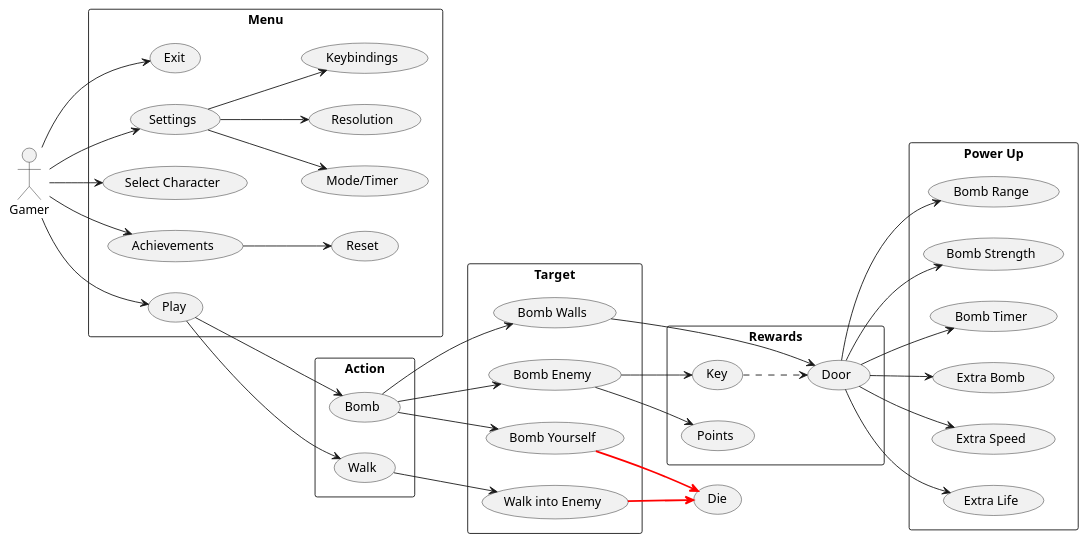
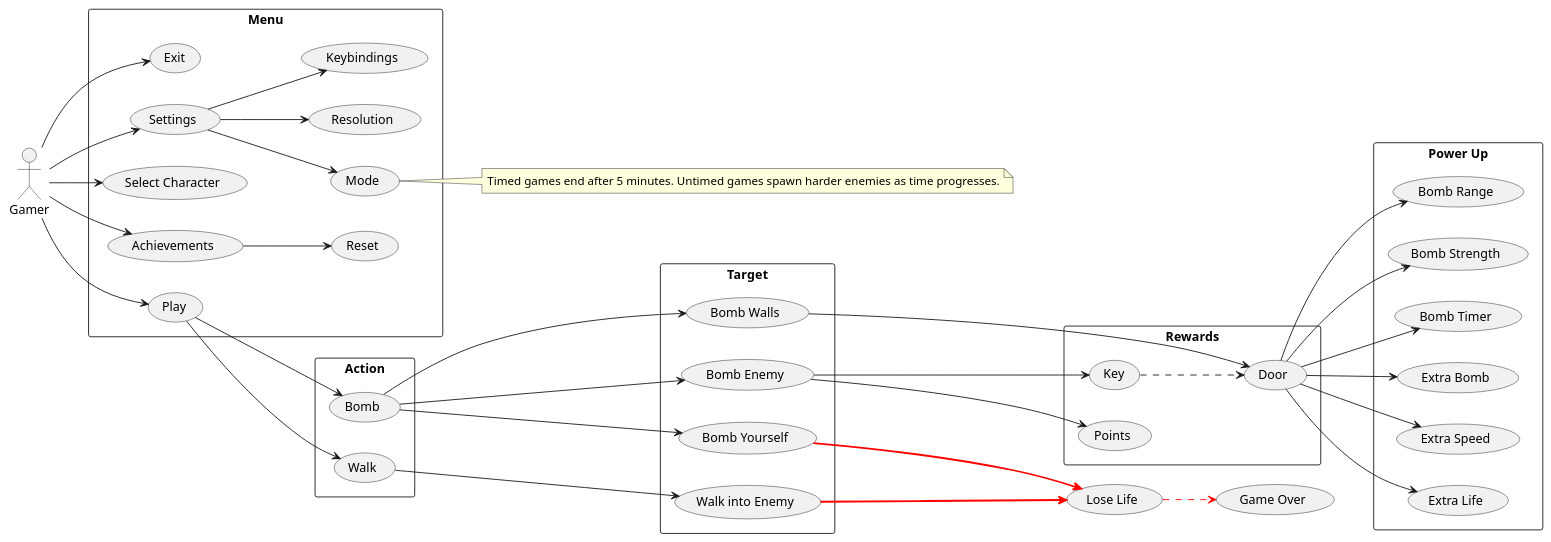
One commit to UoB-COMSM0110/2024-group-7 changed the diagram in Assets/Diagrams/usecase.puml. Above: the diagram before and after it, drawn with PlantUML. The commit also changed 2 other files, not shown here.

Commit message:
Clarified Game Modes

```diff
--- a/Assets/Diagrams/usecase.puml
+++ b/Assets/Diagrams/usecase.puml
@@ -1,78 +1,80 @@
-@startuml Bomberman Dungeon
+@startuml Use Case Diagram
 left to right direction
 actor "Gamer" as gmr
 rectangle Menu {
   usecase "Exit" as M5
   usecase "Settings" as M4
   usecase "Select Character" as M2
   usecase "Achievements" as M3
   usecase "Reset" as M6
-  usecase "Mode/Timer" as S1
+  usecase "Mode" as S1
   usecase "Resolution" as S2
   usecase "Keybindings" as S3
   usecase "Play" as M1
 }
 
 rectangle Action {
   usecase "Walk" as A1
   usecase "Bomb" as A2
 }
 
 rectangle Target {
   usecase "Bomb Walls" as C1
   usecase "Bomb Enemy" as C2
   usecase "Bomb Yourself" as C3
   usecase "Walk into Enemy" as C4
 }
 
 
 rectangle "Power Up"{
   usecase "Bomb Range" as P1
   usecase "Bomb Strength" as P2
   usecase "Bomb Timer" as P3
   usecase "Extra Bomb" as P4
   usecase "Extra Speed" as P5
   usecase "Extra Life" as P6
 }
 
 rectangle Rewards{
   usecase "Key" as R1
   usecase "Door" as R2
   usecase "Points" as R3
 }
 
 gmr --> M1
 gmr --> M2
 gmr --> M3
 gmr --> M4
 gmr --> M5
 M3 --> M6
 
 M4 --> S1
 M4 --> S2
 M4 --> S3
 
 M1 --> A1
 M1 --> A2
 
 A1 --> C4
 A2 --> C1
 A2 --> C2
 A2 --> C3
 
-C3 --> (Die) #line:red;line.bold
-C4 --> (Die) #line:red;line.bold
+C3 --> (Lose Life) #line:red;line.bold
+C4 --> (Lose Life) #line:red;line.bold
+(Lose Life) --> (Game Over) #red;line.dashed
 
 C2 --> R1
 C2 --> R3
 C1 --> R2
 R1 ..> R2 
 
 R2 --> P1
 R2 --> P2
 R2 --> P3
 R2 --> P4
 R2 --> P5
 R2 --> P6
 
+note right of S1: Timed games end after 5 minutes. Untimed games spawn harder enemies as time progresses.
 @enduml
```
